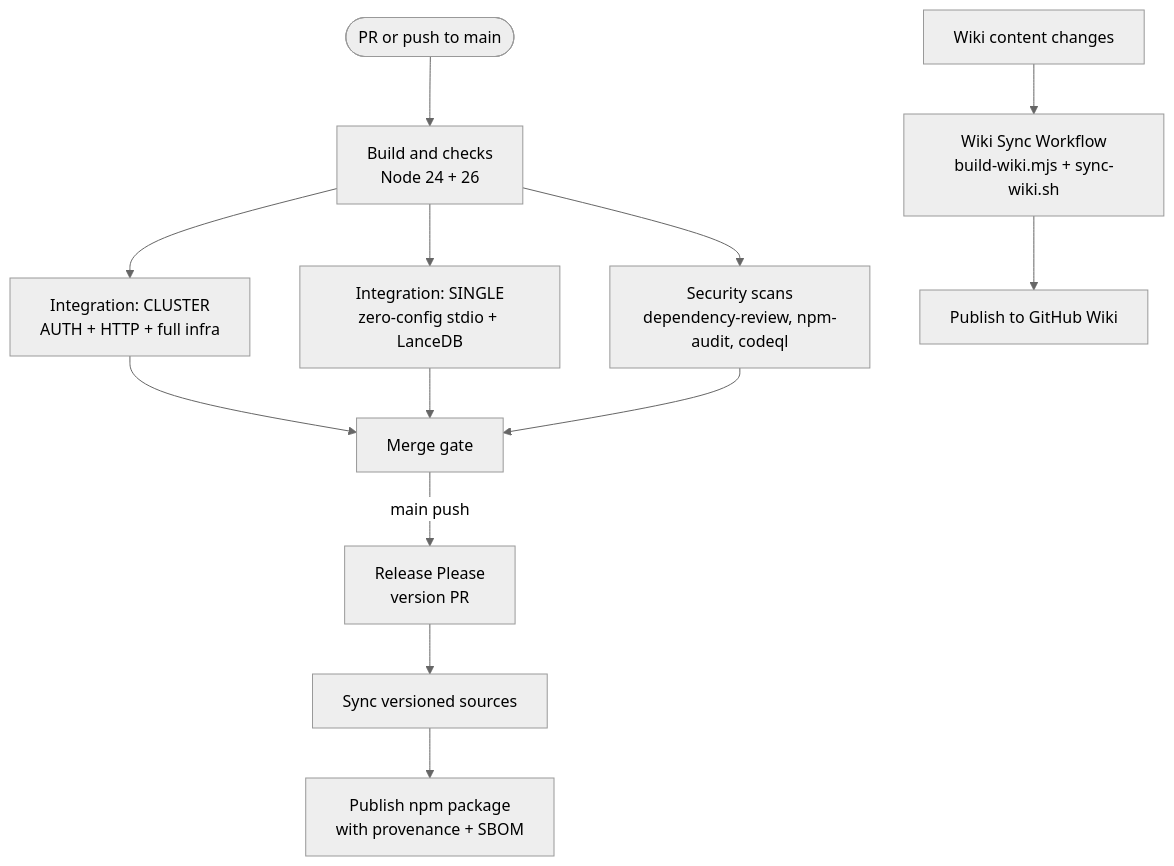
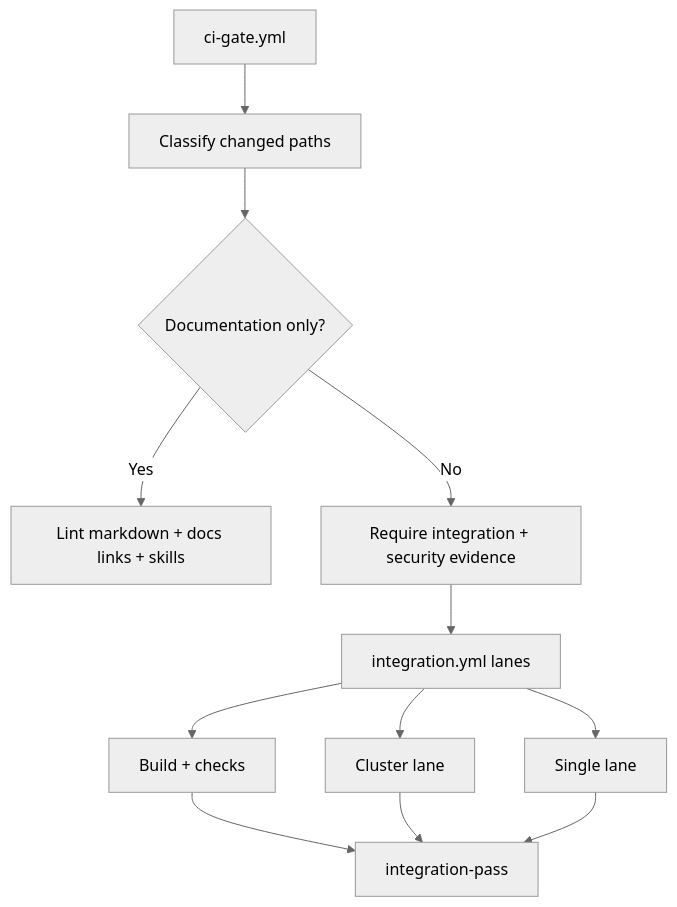
Before and after one commit to SquadRules/mcp: the seventh of 8 diagrams in .qoder/repowiki/en/content/Development Guide.md, drawn with Mermaid (neutral theme). The commit also changed other lines of this file and 602 other files, not shown here.

````diff
--- a/.qoder/repowiki/en/content/Development Guide.md
+++ b/.qoder/repowiki/en/content/Development Guide.md
@@ -248,15 +286,14 @@
 ```mermaid
 flowchart TD
-Start(["PR or push to main"]) --> Build["Build and checks<br/>Node 24 + 26"]
-Build --> IntCluster["Integration: CLUSTER<br/>AUTH + HTTP + full infra"]
-Build --> IntSingle["Integration: SINGLE<br/>zero-config stdio + LanceDB"]
-Build --> Security["Security scans<br/>dependency-review, npm-audit, codeql"]
-WikiChanges["Wiki content changes"] --> WikiSync["Wiki Sync Workflow<br/>build-wiki.mjs + sync-wiki.sh"]
-IntCluster --> Gate["Merge gate"]
-IntSingle --> Gate
-Security --> Gate
-WikiSync --> WikiPublish["Publish to GitHub Wiki"]
-Gate --> |main push| Release["Release Please<br/>version PR"]
-Release --> Sync["Sync versioned sources"]
-Sync --> Publish["Publish npm package<br/>with provenance + SBOM"]
+Gate["ci-gate.yml"] --> Classify["Classify changed paths"]
+Classify --> DocsLane{"Documentation only?"}
+DocsLane --> |Yes| DocsChecks["Lint markdown + docs links + skills"]
+DocsLane --> |No| AppEvidence["Require integration + security evidence"]
+AppEvidence --> Integration["integration.yml lanes"]
+Integration --> Build["Build + checks"]
+Integration --> Cluster["Cluster lane"]
+Integration --> Single["Single lane"]
+Build --> MergeGate["integration-pass"]
+Cluster --> MergeGate
+Single --> MergeGate
 ```
````
